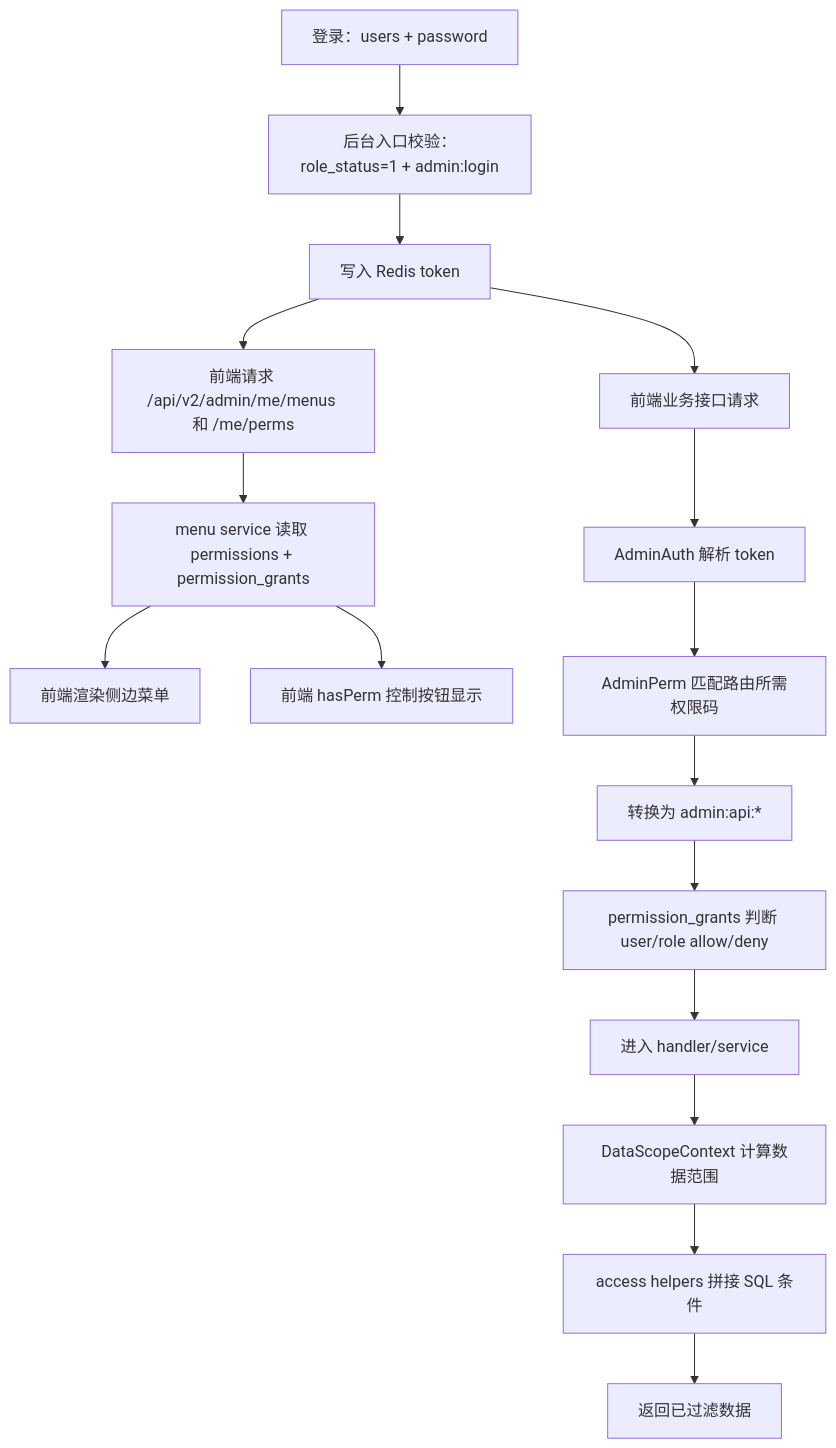
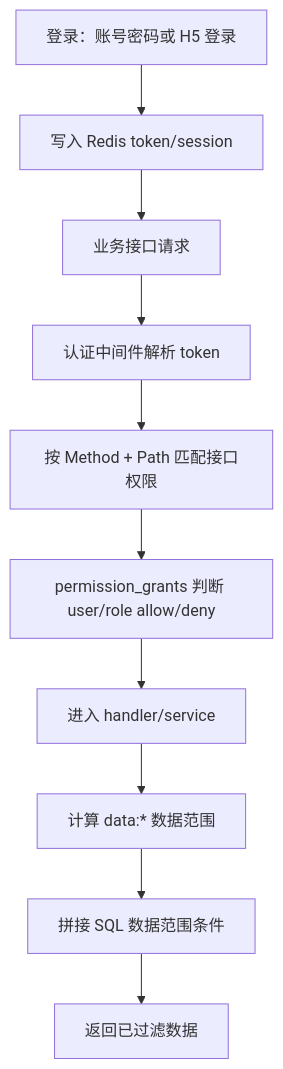
One commit to fg1813042793/WeCheckin changed the diagram in docs/ACCESS_CONTROL_RUNTIME.md. Above: the diagram before and after it, drawn with Mermaid. The commit also changed other lines of this file and 437 other files, not shown here.

````diff
--- a/docs/ACCESS_CONTROL_RUNTIME.md
+++ b/docs/ACCESS_CONTROL_RUNTIME.md
@@ -37,28 +68,16 @@
 ```mermaid
 flowchart TB
-  Login["登录：users + password"]
-  RoleCheck["后台入口校验：role_status=1 + admin:login"]
-  Token["写入 Redis token"]
-
-  MenuReq["前端请求 /api/v2/admin/me/menus 和 /me/perms"]
-  MenuSvc["menu service 读取 permissions + permission_grants"]
-  Sidebar["前端渲染侧边菜单"]
-  Buttons["前端 hasPerm 控制按钮显示"]
-
-  ApiReq["前端业务接口请求"]
-  Auth["AdminAuth 解析 token"]
-  AdminPerm["AdminPerm 匹配路由所需权限码"]
-  ApiKey["转换为 admin:api:*"]
+  Login["登录：账号密码或 H5 登录"]
+  Token["写入 Redis token/session"]
+  Req["业务接口请求"]
+  Auth["认证中间件解析 token"]
+  RoutePerm["按 Method + Path 匹配接口权限"]
   GrantCheck["permission_grants 判断 user/role allow/deny"]
-  Handler["进入 handler/service"]
-
-  DataScope["DataScopeContext 计算数据范围"]
-  SQLFilter["access helpers 拼接 SQL 条件"]
+  Service["进入 handler/service"]
+  DataScope["计算 data:* 数据范围"]
+  SQLFilter["拼接 SQL 数据范围条件"]
   Result["返回已过滤数据"]
 
-  Login --> RoleCheck --> Token
-  Token --> MenuReq --> MenuSvc --> Sidebar
-  MenuSvc --> Buttons
-  Token --> ApiReq --> Auth --> AdminPerm --> ApiKey --> GrantCheck --> Handler
-  Handler --> DataScope --> SQLFilter --> Result
+  Login --> Token --> Req --> Auth --> RoutePerm --> GrantCheck --> Service
+  Service --> DataScope --> SQLFilter --> Result
 ```
````
